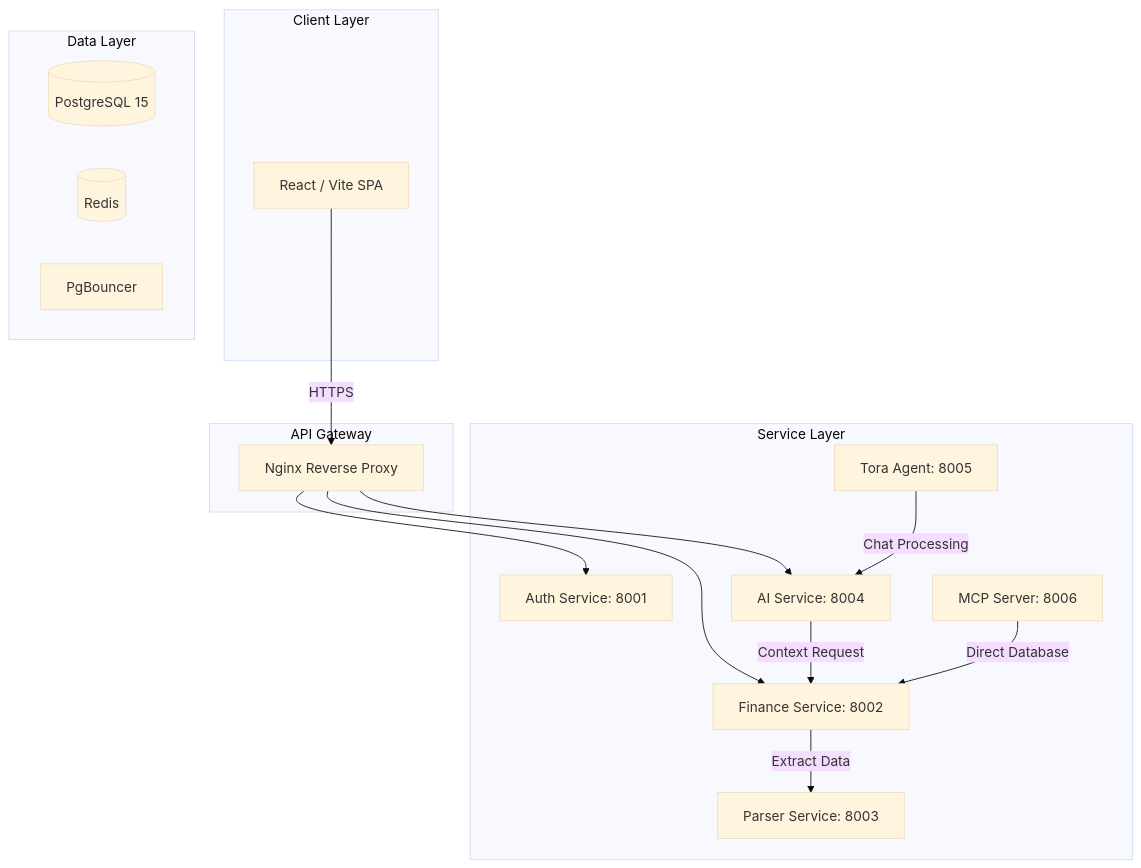
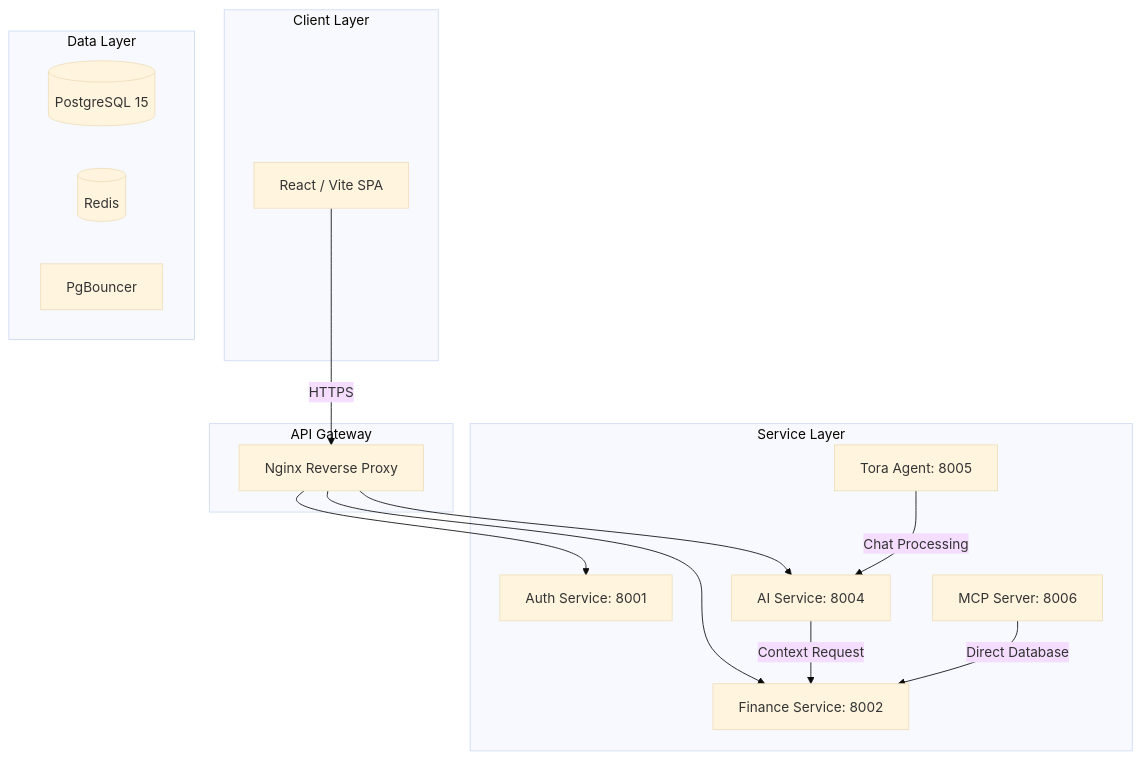
Before and after one commit to Roonie76/Spendsy: the diagram in SRS.md, drawn with Mermaid (base theme). The commit also changed other lines of this file and 4 other files, not shown here.

Commit message:
docs: update architecture and setup documentation for digital deterministic parsing

````diff
--- a/SRS.md
+++ b/SRS.md
@@ -18,35 +18,33 @@
 ```mermaid
 graph TD
     subgraph Client Layer
         Web[React / Vite SPA]
     end
 
     subgraph API Gateway
         Nginx[Nginx Reverse Proxy]
     end
 
     subgraph Service Layer
         Auth[Auth Service: 8001]
         Finance[Finance Service: 8002]
-        Parser[Parser Service: 8003]
         AIService[AI Service: 8004]
         Tora[Tora Agent: 8005]
         MCP[MCP Server: 8006]
     end
 
     subgraph Data Layer
         DB[(PostgreSQL 15)]
         Cache[(Redis)]
         Bouncer[PgBouncer]
     end
 
     Web -->|HTTPS| Nginx
     Nginx --> Auth
     Nginx --> Finance
     Nginx --> AIService
     
-    Finance -->|Extract Data| Parser
     AIService -->|Context Request| Finance
     Tora -->|Chat Processing| AIService
     MCP -->|Direct Database| Finance
 ```
````
